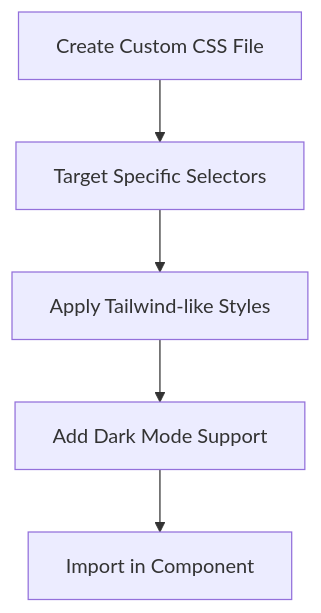
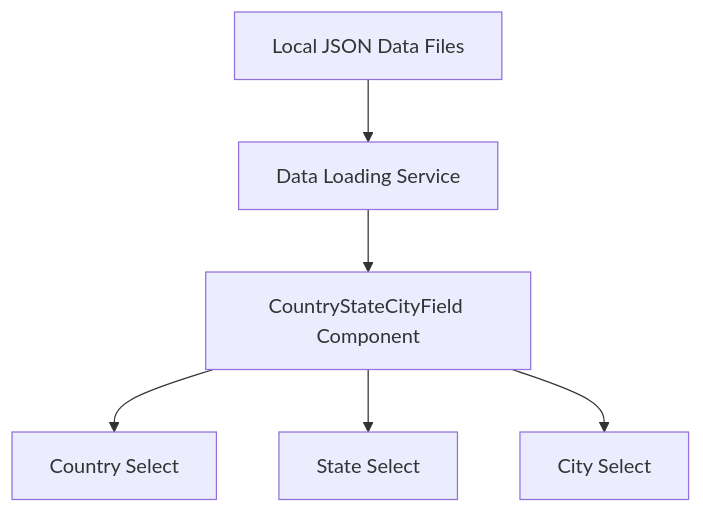
One commit to jezweb/jezweb-hub-tailwind changed the first of 3 diagrams in planning/country-state-city-styling-plan.md. Above: the diagram before and after it, drawn with Mermaid. The commit also changed other lines of this file and 3 other files, not shown here.

Commit message:
feat(location): Implement custom country-state-city selection component

````diff
--- a/planning/country-state-city-styling-plan.md
+++ b/planning/country-state-city-styling-plan.md
@@ -12,7 +22,8 @@
 ```mermaid
-graph TD
-    A[Create Custom CSS File] --> B[Target Specific Selectors]
-    B --> C[Apply Tailwind-like Styles]
-    C --> D[Add Dark Mode Support]
-    D --> E[Import in Component]
+flowchart TD
+    A[Local JSON Data Files] --> B[Data Loading Service]
+    B --> C[CountryStateCityField Component]
+    C --> D[Country Select]
+    C --> E[State Select]
+    C --> F[City Select]
 ```
````
